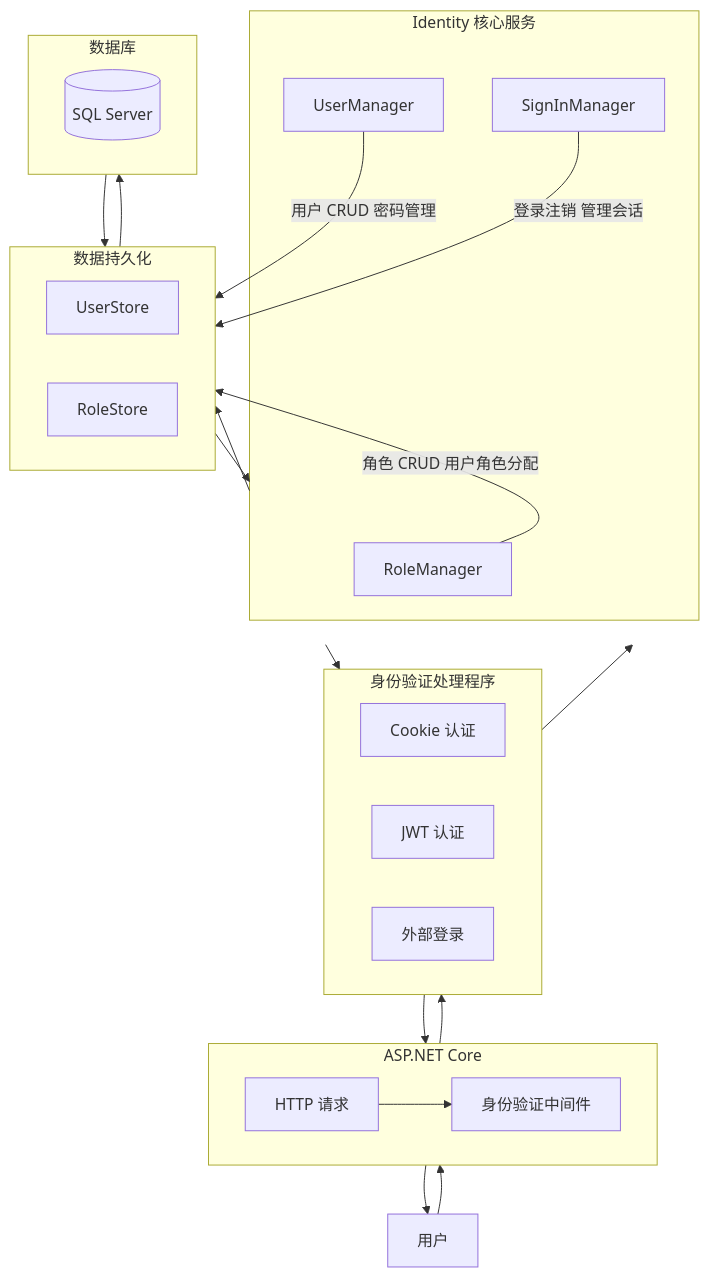
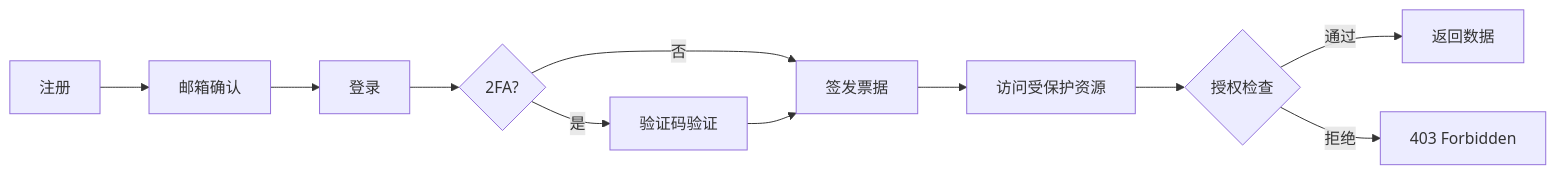
Before and after one commit to koeltp/blog: the second of 2 diagrams in docs/article/aspnetcore-identity.md, drawn with Mermaid. The commit also changed other lines of this file and 11 other files, not shown here.

````diff
--- a/docs/article/aspnetcore-identity.md
+++ b/docs/article/aspnetcore-identity.md
@@ -31,43 +184,13 @@
 ```mermaid
-flowchart TD
-    A[用户] --> B
-
-    subgraph B[ASP.NET Core]
-        C[HTTP 请求] --> D[身份验证中间件]
-    end
-
-    subgraph E[身份验证处理程序]
-        F[Cookie 认证]
-        G[JWT 认证]
-        H[外部登录]
-    end
-
-    subgraph I[Identity 核心服务]
-        J[UserManager]
-        K[SignInManager]
-        L[RoleManager]
-    end
-
-    subgraph M[数据持久化]
-        N[UserStore]
-        O[RoleStore]
-    end
-
-    subgraph P[数据库]
-        Q[(SQL Server)]
-    end
-
-    B --> E
-    E --> I
-    I --> M
-    M --> P
-    P --> M
-    M --> I
-    I --> E
-    E --> B
-    B --> A
-
-    J -->|"用户 CRUD 密码管理"| M
-    K -->|"登录注销 管理会话"| M
-    L -->|"角色 CRUD 用户角色分配"| M
+flowchart LR
+    A[注册] --> B[邮箱确认]
+    B --> C[登录]
+    C --> D{2FA?}
+    D -->|是| E[验证码验证]
+    D -->|否| F[签发票据]
+    E --> F
+    F --> G[访问受保护资源]
+    G --> H{授权检查}
+    H -->|通过| I[返回数据]
+    H -->|拒绝| J[403 Forbidden]
 ```
````
